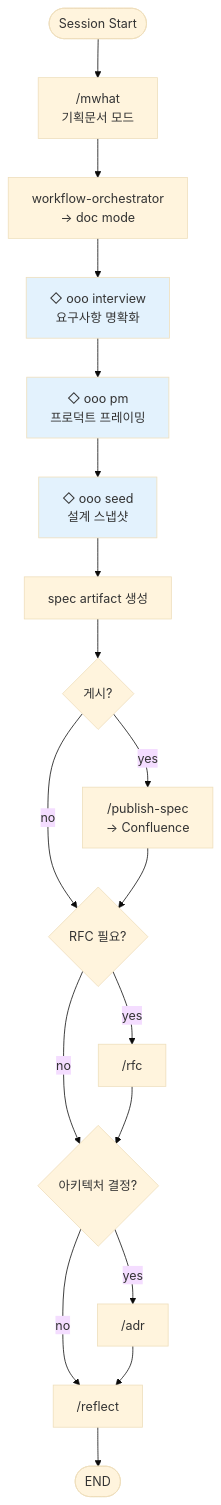
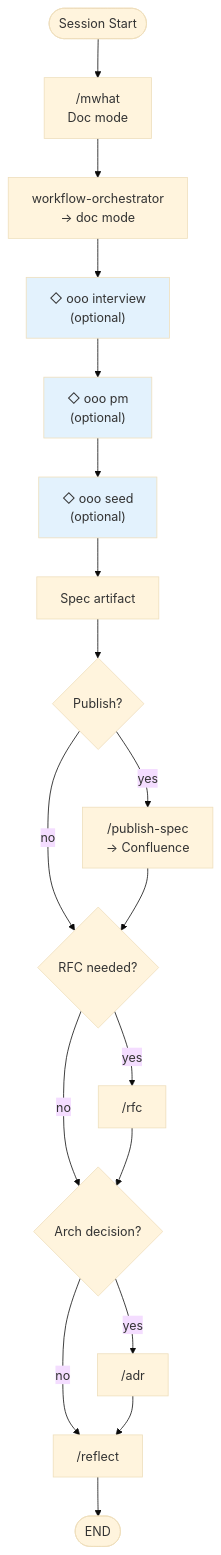
One commit to narashin/nara-kit changed the second of 2 diagrams in README.md. Above: the diagram before and after it, drawn with Mermaid (base theme). The commit also changed other lines of this file, not shown here.

Commit message:
docs: rewrite README with bilingual content, optional dependency markers, and mermaid diagrams

````diff
--- a/README.md
+++ b/README.md
@@ -83,24 +117,24 @@
 ```mermaid
 flowchart TD
-    START([Session Start]) --> MWHAT["/mwhat<br>기획문서 모드"]
-    MWHAT --> ORCH["workflow-orchestrator<br>→ doc mode"]
-    ORCH --> OOO_INT["◇ ooo interview<br>요구사항 명확화"]
-    OOO_INT --> OOO_PM["◇ ooo pm<br>프로덕트 프레이밍"]
-    OOO_PM --> OOO_SEED["◇ ooo seed<br>설계 스냅샷"]
-    OOO_SEED --> SPEC["spec artifact 생성"]
-    SPEC --> PUB{게시?}
-    PUB -->|yes| PUBLISH["/publish-spec<br>→ Confluence"]
-    PUB -->|no| RFC_Q{RFC 필요?}
+    START([Session Start]) --> MWHAT["/mwhat\nDoc mode"]
+    MWHAT --> ORCH["workflow-orchestrator\n→ doc mode"]
+    ORCH --> OOO_INT["◇ ooo interview\n(optional)"]
+    OOO_INT --> OOO_PM["◇ ooo pm\n(optional)"]
+    OOO_PM --> OOO_SEED["◇ ooo seed\n(optional)"]
+    OOO_SEED --> SPEC["Spec artifact"]
+    SPEC --> PUB{Publish?}
+    PUB -->|yes| PUBLISH["/publish-spec\n→ Confluence"]
+    PUB -->|no| RFC_Q{RFC needed?}
     PUBLISH --> RFC_Q
     RFC_Q -->|yes| RFC["/rfc"]
-    RFC_Q -->|no| ADR_Q{아키텍처 결정?}
+    RFC_Q -->|no| ADR_Q{Arch decision?}
     RFC --> ADR_Q
     ADR_Q -->|yes| ADR["/adr"]
     ADR_Q -->|no| REFLECT["/reflect"]
     ADR --> REFLECT
     REFLECT --> END([END])
 
     style OOO_INT fill:#e3f2fd
     style OOO_PM fill:#e3f2fd
     style OOO_SEED fill:#e3f2fd
 ```
````
